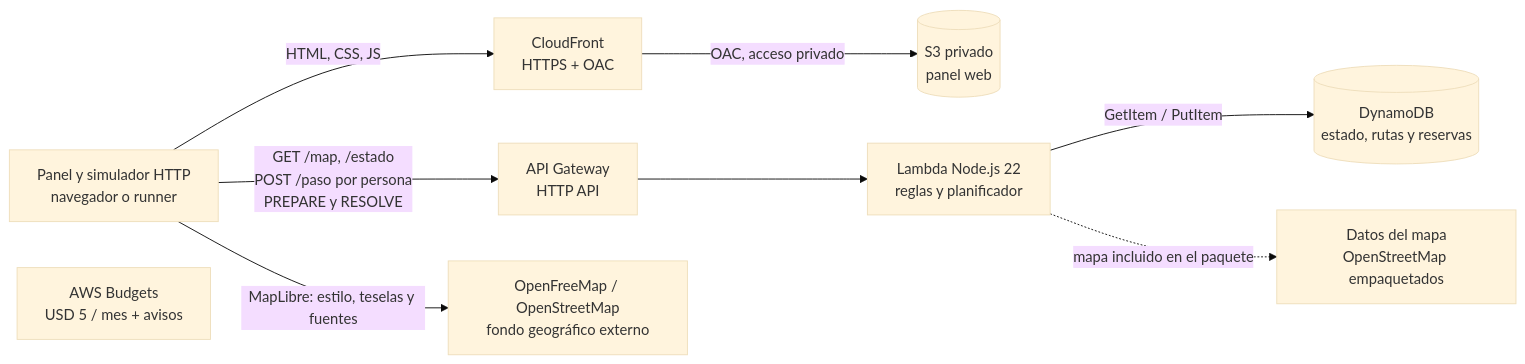
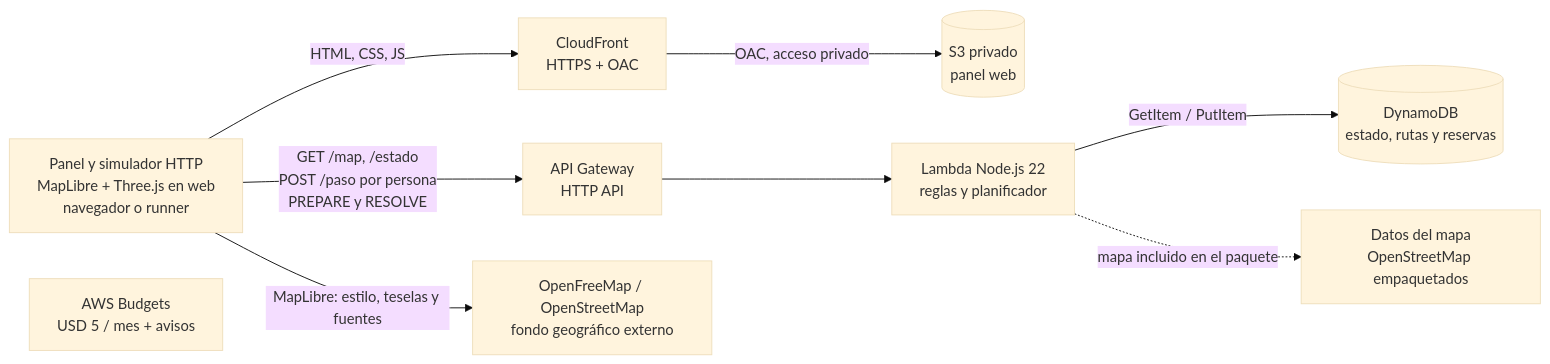
The diagram in docs/arquitectura.mmd (29129/Spookython), drawn with Mermaid (base theme) before and after one commit. The commit also changed 34 other files, not shown here.

```diff
--- a/docs/arquitectura.mmd
+++ b/docs/arquitectura.mmd
@@ -1,18 +1,18 @@
 flowchart LR
-    Browser[Panel y simulador HTTP<br/>navegador o runner]
+    Browser[Panel y simulador HTTP<br/>MapLibre + Three.js en web<br/>navegador o runner]
     CF[CloudFront<br/>HTTPS + OAC]
     S3[(S3 privado<br/>panel web)]
     APIGW[API Gateway<br/>HTTP API]
     Lambda[Lambda Node.js 22<br/>reglas y planificador]
     DDB[(DynamoDB<br/>estado, rutas y reservas)]
     OSM[Datos del mapa<br/>OpenStreetMap empaquetados]
 
     Browser -->|HTML, CSS, JS| CF
     Basemap[OpenFreeMap / OpenStreetMap<br/>fondo geográfico externo]
     Browser -->|MapLibre: estilo, teselas y fuentes| Basemap
     CF -->|OAC, acceso privado| S3
     Browser -->|GET /map, /estado<br/>POST /paso por persona<br/>PREPARE y RESOLVE| APIGW
     APIGW --> Lambda
     Lambda -->|GetItem / PutItem| DDB
     Lambda -.->|mapa incluido en el paquete| OSM
     Budget[AWS Budgets<br/>USD 5 / mes + avisos]
```
